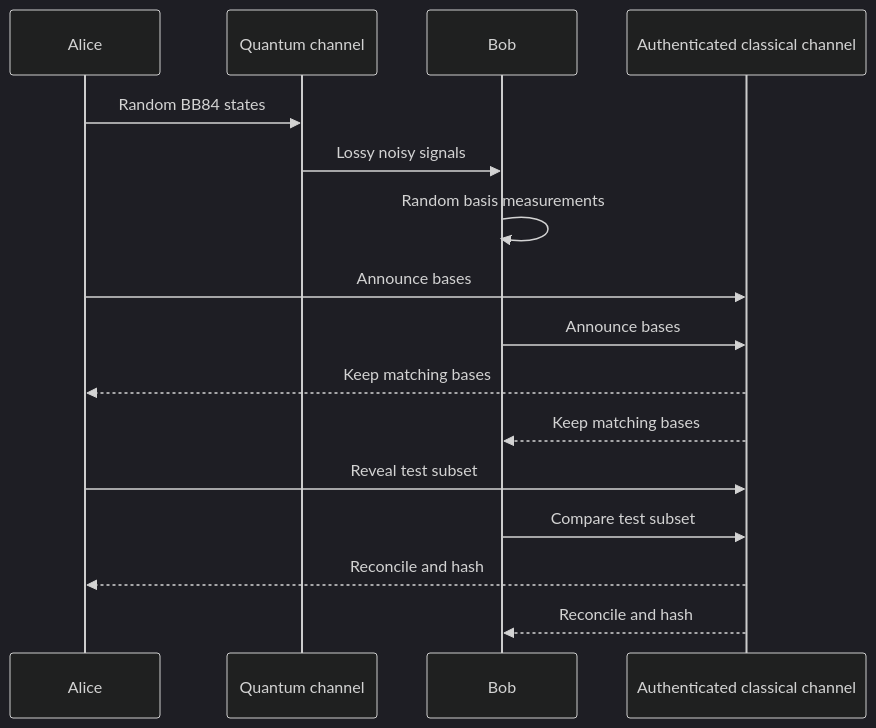
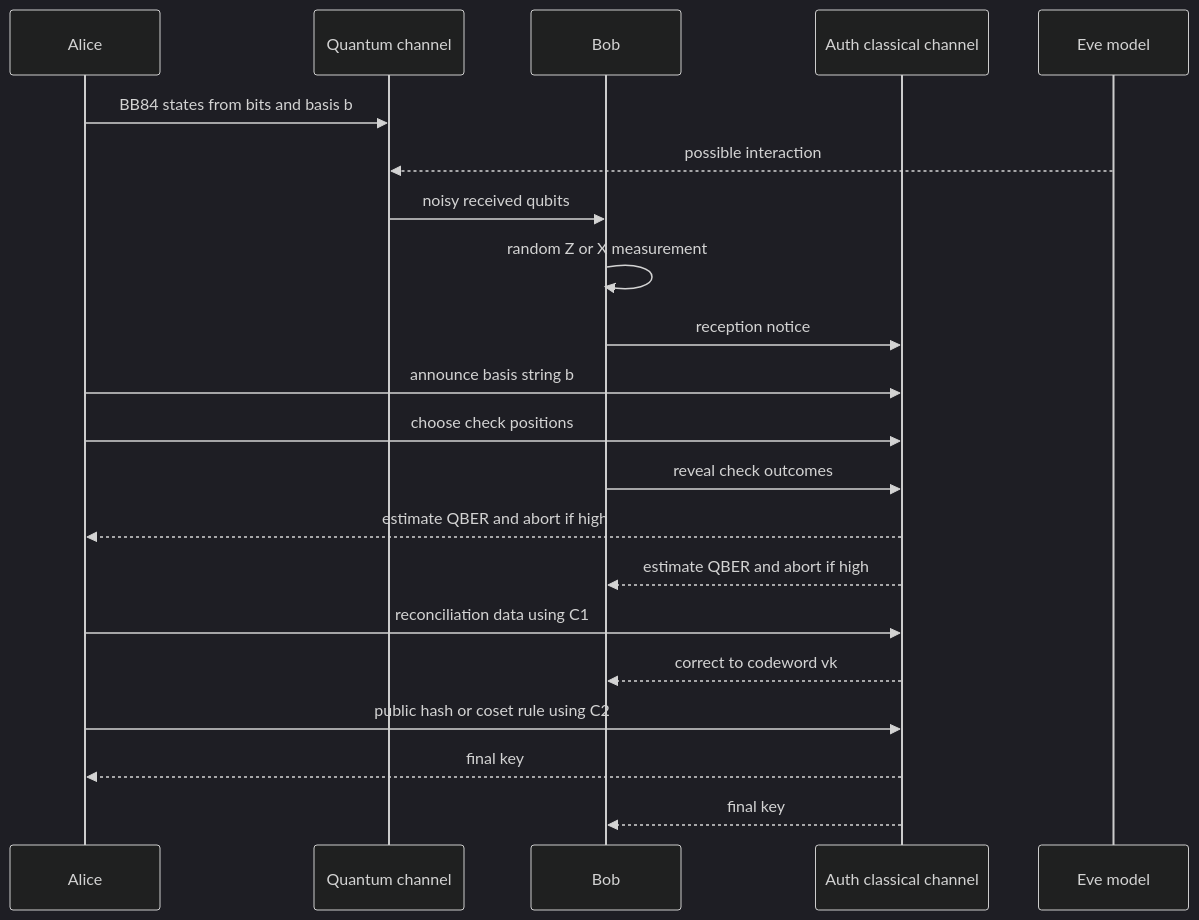
Before and after one commit to justinbrianhwang/SJ-wiki: the diagram in docs/quantum-information-science/quantum-communication/bb84.md, drawn with Mermaid (dark theme). The commit also changed other lines of this file and 27 other files, not shown here.

````diff
--- a/docs/quantum-information-science/quantum-communication/bb84.md
+++ b/docs/quantum-information-science/quantum-communication/bb84.md
@@ -104,19 +147,24 @@
 ```mermaid
 sequenceDiagram
   participant A as Alice
   participant Q as Quantum channel
   participant B as Bob
-  participant C as Authenticated classical channel
+  participant C as Auth classical channel
+  participant E as Eve model
 
-  A->>Q: Random BB84 states
-  Q->>B: Lossy noisy signals
-  B->>B: Random basis measurements
-  A->>C: Announce bases
-  B->>C: Announce bases
-  C-->>A: Keep matching bases
-  C-->>B: Keep matching bases
-  A->>C: Reveal test subset
-  B->>C: Compare test subset
-  C-->>A: Reconcile and hash
-  C-->>B: Reconcile and hash
+  A->>Q: BB84 states from bits and basis b
+  E-->>Q: possible interaction
+  Q->>B: noisy received qubits
+  B->>B: random Z or X measurement
+  B->>C: reception notice
+  A->>C: announce basis string b
+  A->>C: choose check positions
+  B->>C: reveal check outcomes
+  C-->>A: estimate QBER and abort if high
+  C-->>B: estimate QBER and abort if high
+  A->>C: reconciliation data using C1
+  C-->>B: correct to codeword vk
+  A->>C: public hash or coset rule using C2
+  C-->>A: final key
+  C-->>B: final key
 ```
````
